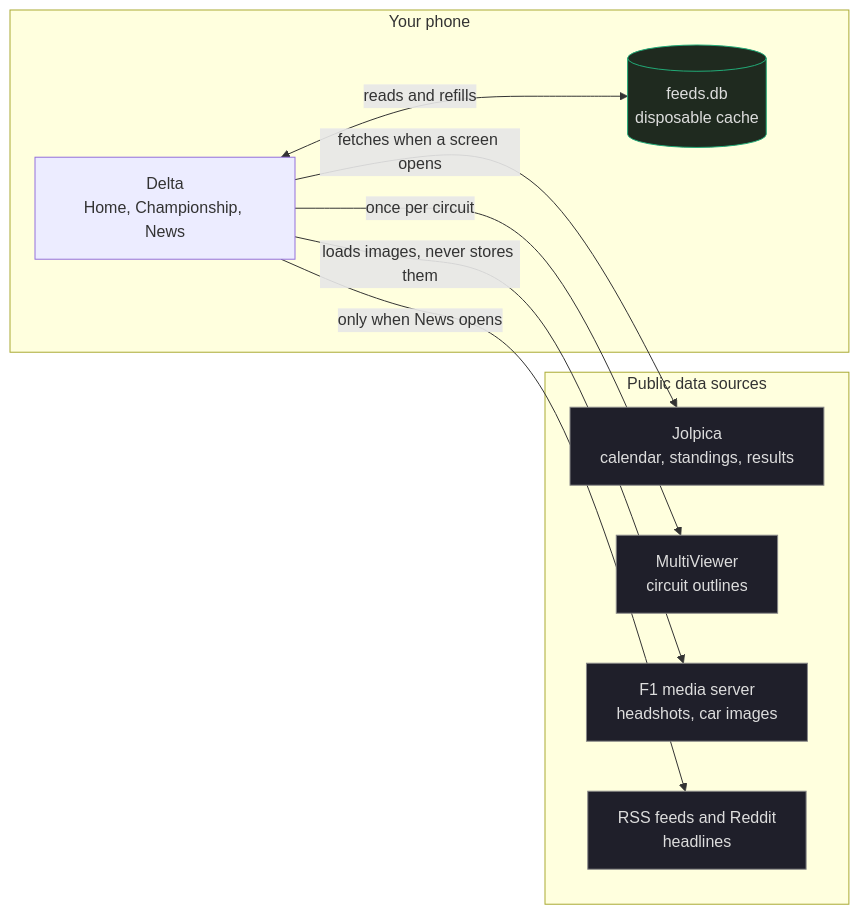
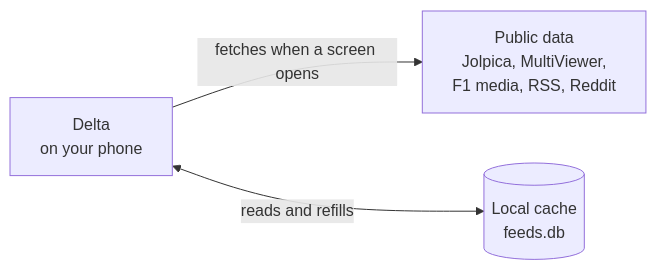
One commit to pokhriyal-anmol/delta changed the diagram in README.md. Above: the diagram before and after it, drawn with Mermaid. The commit also changed other lines of this file and 2 other files, not shown here.

````diff
--- a/README.md
+++ b/README.md
@@ -102,25 +76,5 @@
 ```mermaid
 flowchart LR
-  subgraph Phone["Your phone"]
-    APP["Delta<br/>Home, Championship, News"]
-    DB[("feeds.db<br/>disposable cache")]
-  end
-
-  subgraph Data["Public data sources"]
-    J["Jolpica<br/>calendar, standings, results"]
-    M["MultiViewer<br/>circuit outlines"]
-    F["F1 media server<br/>headshots, car images"]
-    N["RSS feeds and Reddit<br/>headlines"]
-  end
-
-  APP -->|"fetches when a screen opens"| J
-  APP -->|"once per circuit"| M
-  APP -->|"loads images, never stores them"| F
-  APP -->|"only when News opens"| N
-  APP <-->|"reads and refills"| DB
-
-  classDef ext fill:#1f1f2a,stroke:#888,color:#ddd
-  classDef store fill:#1f2a1f,stroke:#2a7,color:#ddd
-  class J,M,F,N ext
-  class DB store
+  A["Delta<br/>on your phone"] -->|"fetches when a screen opens"| B["Public data<br/>Jolpica, MultiViewer,<br/>F1 media, RSS, Reddit"]
+  A <-->|"reads and refills"| C[("Local cache<br/>feeds.db")]
 ```
````
